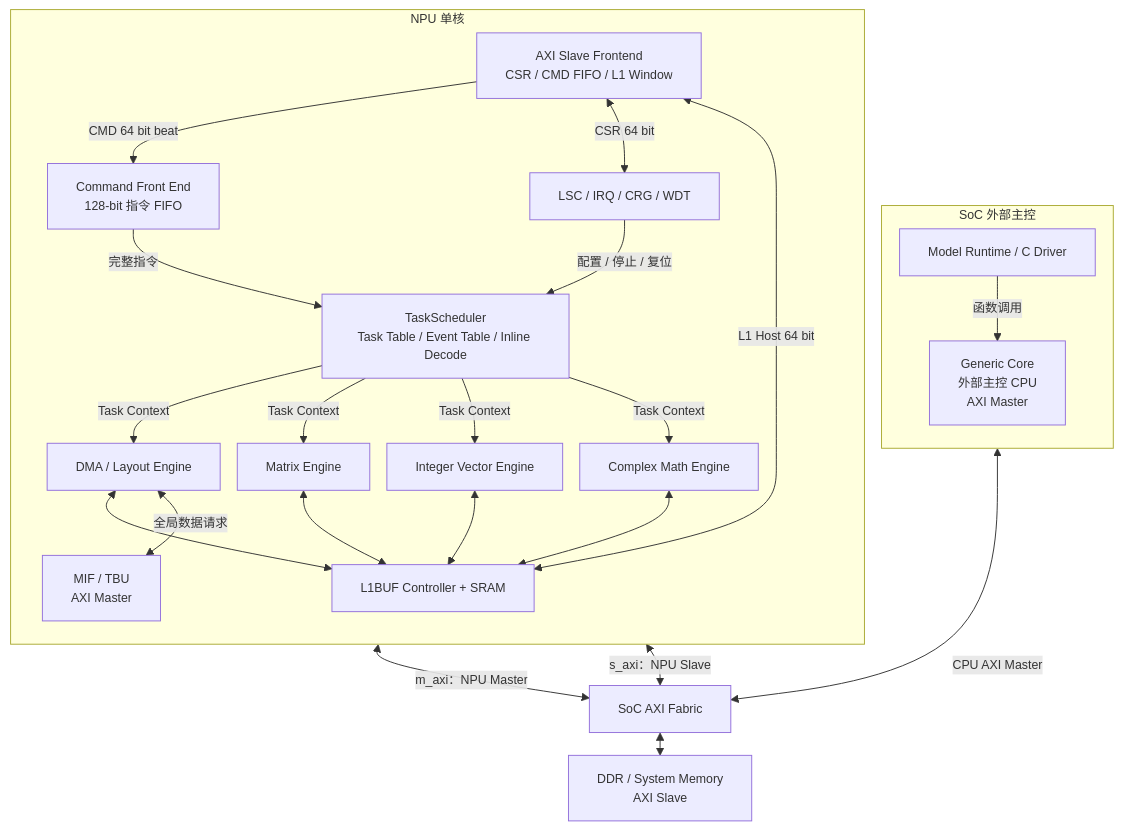
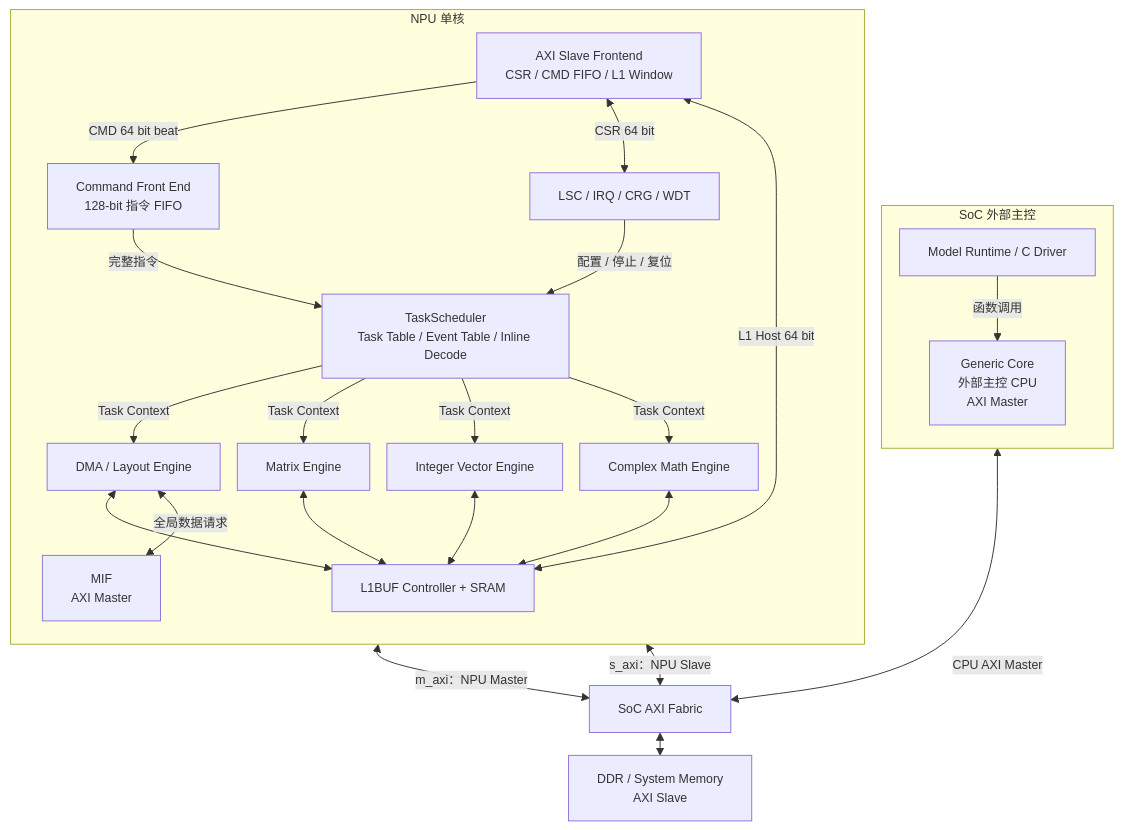
Before and after one commit to Little-W/Obsidian: the second of 19 diagrams in NPU/NPU 指令与硬件架构设计 Spec.md, drawn with Mermaid. The commit also changed other lines of this file and 90 other files, not shown here.

````diff
--- a/NPU/NPU 指令与硬件架构设计 Spec.md
+++ b/NPU/NPU 指令与硬件架构设计 Spec.md
@@ -340,47 +340,47 @@
 ```mermaid
 %%{init: {"flowchart": {"useMaxWidth": true, "nodeSpacing": 18, "rankSpacing": 24}, "themeVariables": {"fontSize": "13px"}}}%%
 flowchart TB
     subgraph HOST["SoC 外部主控"]
         direction TB
         SW["Model Runtime / C Driver"]
         CPU["Generic Core<br/>外部主控 CPU<br/>AXI Master"]
         SW -->|"函数调用"| CPU
     end
 
     FABRIC["SoC AXI Fabric"]
     DDR["DDR / System Memory<br/>AXI Slave"]
 
     subgraph SUB["NPU 单核"]
         direction TB
         AXIS0["AXI Slave Frontend<br/>CSR / CMD FIFO / L1 Window"]
         LSC0["LSC / IRQ / CRG / WDT"]
         CFE0["Command Front End<br/>128-bit 指令 FIFO"]
         TS0["TaskScheduler<br/>Task Table / Event Table / Inline Decode"]
         ME0["Matrix Engine"]
         VE0["Integer Vector Engine"]
         CE0["Complex Math Engine"]
         DMA0["DMA / Layout Engine"]
         L10["L1BUF Controller + SRAM"]
-        MIF0["MIF / TBU<br/>AXI Master"]
+        MIF0["MIF<br/>AXI Master"]
 
         AXIS0 -->|"CMD 64 bit beat"| CFE0
         AXIS0 <-->|"CSR 64 bit"| LSC0
         AXIS0 <-->|"L1 Host 64 bit"| L10
         CFE0 -->|"完整指令"| TS0
         LSC0 -->|"配置 / 停止 / 复位"| TS0
         TS0 -->|"Task Context"| DMA0
         TS0 -->|"Task Context"| ME0
         TS0 -->|"Task Context"| VE0
         TS0 -->|"Task Context"| CE0
         DMA0 <--> L10
         ME0 <--> L10
         VE0 <--> L10
         CE0 <--> L10
         DMA0 <-->|"全局数据请求"| MIF0
     end
 
     CPU <-->|"CPU AXI Master"| FABRIC
     FABRIC <-->|"s_axi：NPU Slave"| AXIS0
     MIF0 <-->|"m_axi：NPU Master"| FABRIC
     FABRIC <--> DDR
 ```
````
